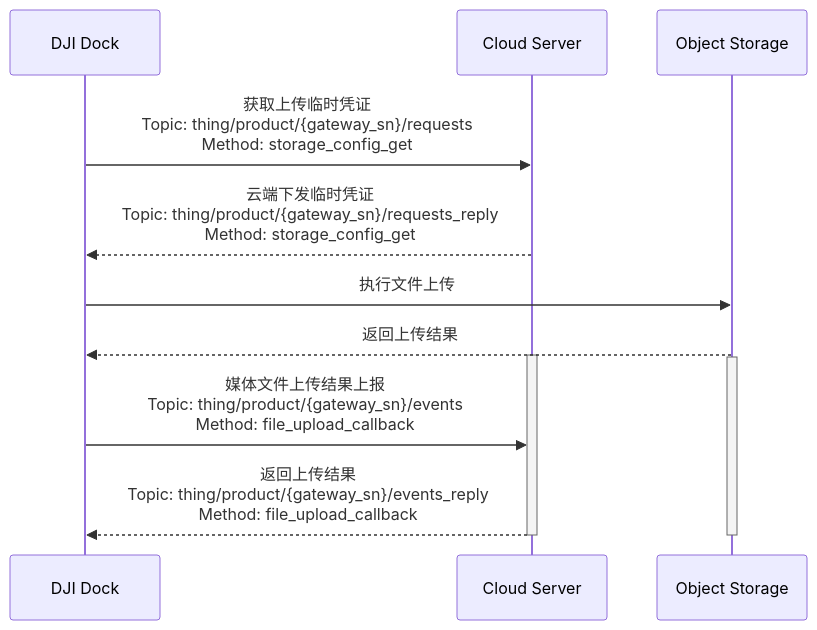
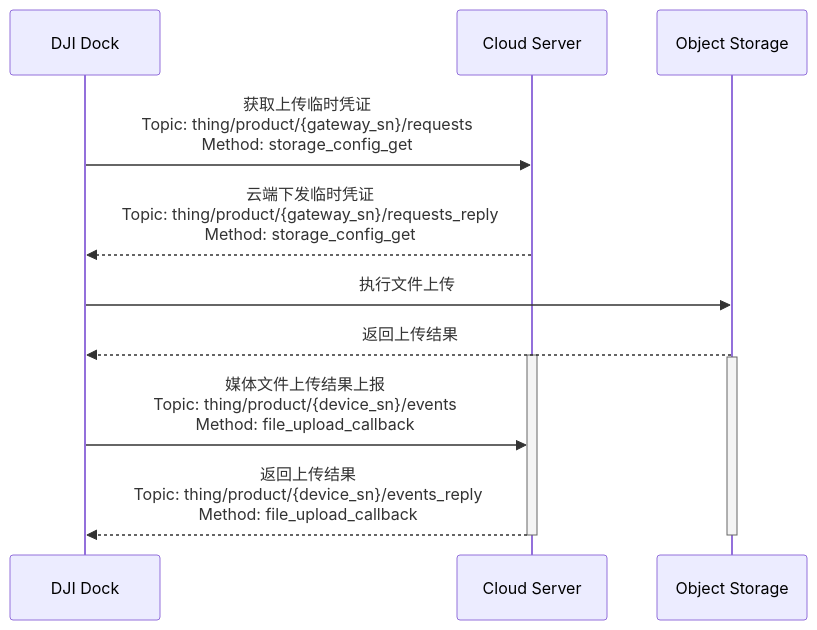
Before and after one commit to dji-sdk/Cloud-API-Doc: the diagram in docs/cn/30.feature-set/20.dock-feature-set/40.dock-media-management.md, drawn with Mermaid. The commit also changed 41 other files, not shown here.

````diff
--- a/docs/cn/30.feature-set/20.dock-feature-set/40.dock-media-management.md
+++ b/docs/cn/30.feature-set/20.dock-feature-set/40.dock-media-management.md
@@ -8,20 +8,20 @@
 ```mermaid
 sequenceDiagram
 
 participant client  as DJI Dock
 participant server as Cloud Server
 participant oss as Object Storage
 
 client ->> server : 获取上传临时凭证<br/>Topic: thing/product/{gateway_sn}/requests<br/>Method: storage_config_get
 server -->> client : 云端下发临时凭证<br/>Topic: thing/product/{gateway_sn}/requests_reply<br/>Method: storage_config_get
 client ->> oss : 执行文件上传
 oss -->> client : 返回上传结果
 
 activate server
 activate oss
-client ->> server : 媒体文件上传结果上报<br/>Topic: thing/product/{gateway_sn}/events<br/>Method: file_upload_callback
-server -->> client : 返回上传结果<br/>Topic: thing/product/{gateway_sn}/events_reply<br/>Method: file_upload_callback
+client ->> server : 媒体文件上传结果上报<br/>Topic: thing/product/{device_sn}/events<br/>Method: file_upload_callback
+server -->> client : 返回上传结果<br/>Topic: thing/product/{device_sn}/events_reply<br/>Method: file_upload_callback
 deactivate server
 deactivate oss
 
 ```
````
